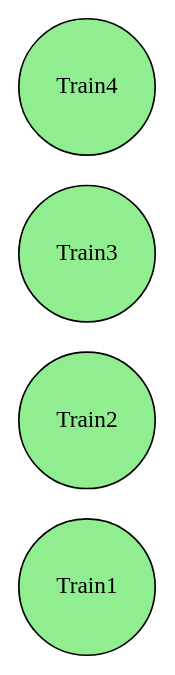
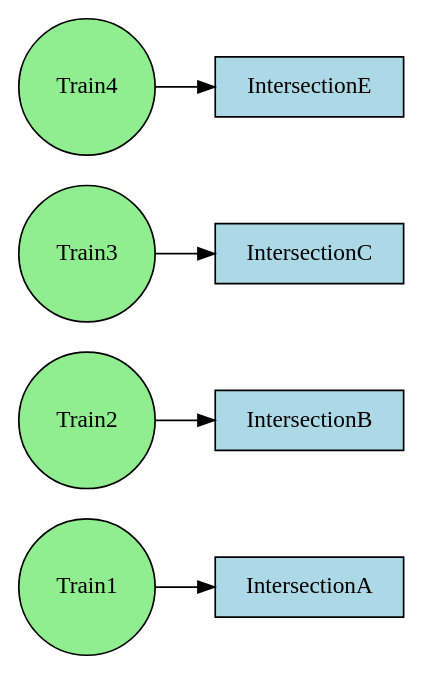
One commit to Epsilon157/Group-D changed the diagram in rag.dot. Above: the diagram before and after it, drawn with Graphviz. The commit also changed 5 other files, not shown here.

```diff
--- a/rag.dot
+++ b/rag.dot
@@ -1,8 +1,12 @@
 digraph RAG {
   rankdir=LR;
   node [shape=rectangle, style=filled, fillcolor=lightblue];
   "Train1" [shape=circle, fillcolor=lightgreen];
+  "Train1" -> "IntersectionA";
   "Train2" [shape=circle, fillcolor=lightgreen];
+  "Train2" -> "IntersectionB";
   "Train3" [shape=circle, fillcolor=lightgreen];
+  "Train3" -> "IntersectionC";
   "Train4" [shape=circle, fillcolor=lightgreen];
+  "Train4" -> "IntersectionE";
 }
```
